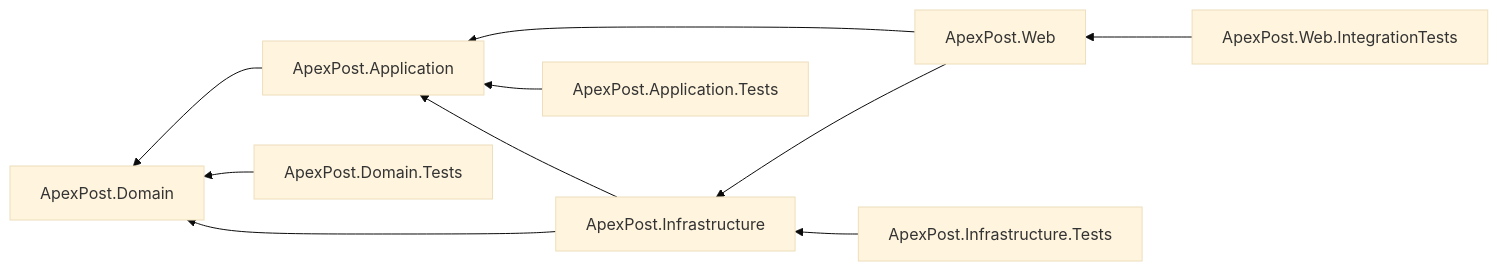
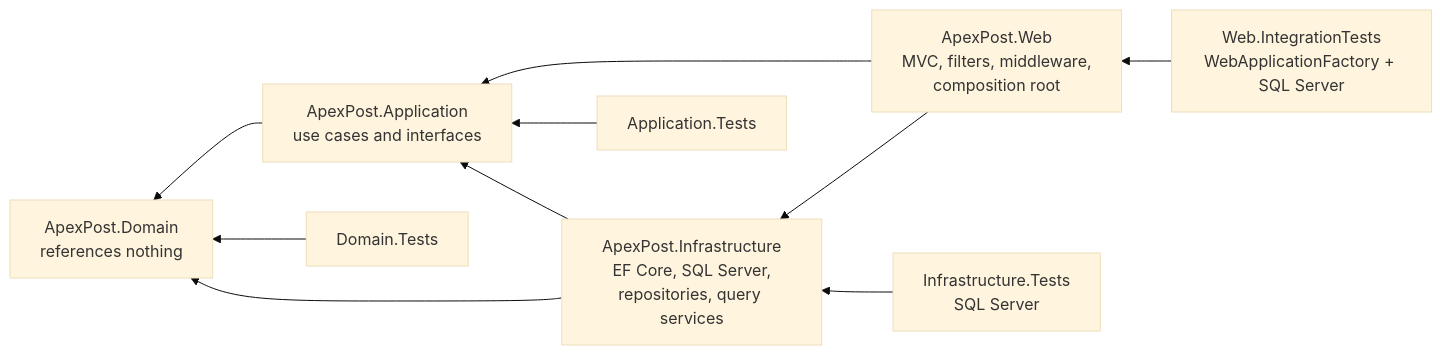
The first of 7 diagrams in DESIGN.md (NarendraDappili/ApexPostLogisticsRepo), drawn with Mermaid (base theme) before and after one commit. The commit also changed other lines of this file and 24 other files, not shown here.

````diff
--- a/DESIGN.md
+++ b/DESIGN.md
@@ -20,12 +31,12 @@
 ```mermaid
 flowchart RL
-    Web[ApexPost.Web] --> Application[ApexPost.Application]
-    Web --> Infrastructure[ApexPost.Infrastructure]
-    Infrastructure --> Application
-    Infrastructure --> Domain[ApexPost.Domain]
-    Application --> Domain
-    DomainTests[ApexPost.Domain.Tests] --> Domain
-    ApplicationTests[ApexPost.Application.Tests] --> Application
-    InfrastructureTests[ApexPost.Infrastructure.Tests] --> Infrastructure
-    WebIntegrationTests[ApexPost.Web.IntegrationTests] --> Web
+    Web[ApexPost.Web<br/>MVC, filters, middleware,<br/>composition root] --> Application
+    Web --> Infrastructure
+    Infrastructure[ApexPost.Infrastructure<br/>EF Core, SQL Server,<br/>repositories, query services] --> Application
+    Infrastructure --> Domain
+    Application[ApexPost.Application<br/>use cases and interfaces] --> Domain[ApexPost.Domain<br/>references nothing]
+    DomainTests[Domain.Tests] --> Domain
+    ApplicationTests[Application.Tests] --> Application
+    InfrastructureTests[Infrastructure.Tests<br/>SQL Server] --> Infrastructure
+    WebTests[Web.IntegrationTests<br/>WebApplicationFactory + SQL Server] --> Web
 ```
````
